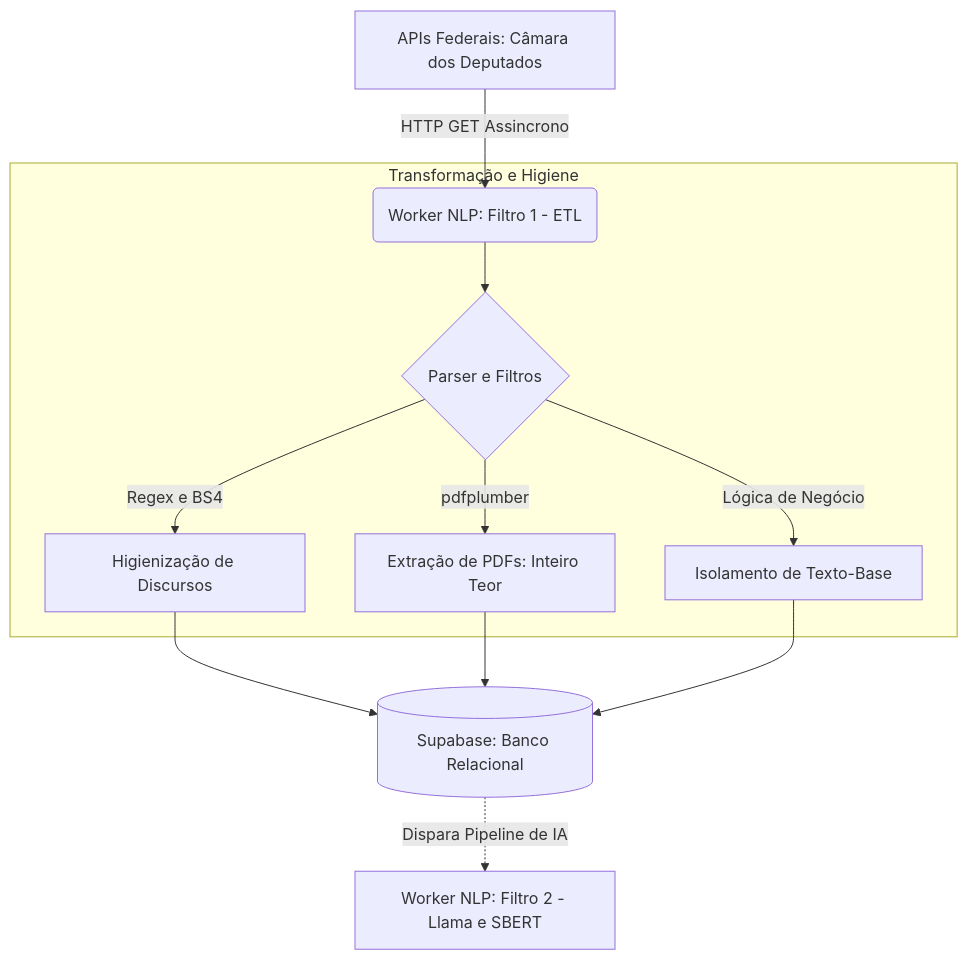
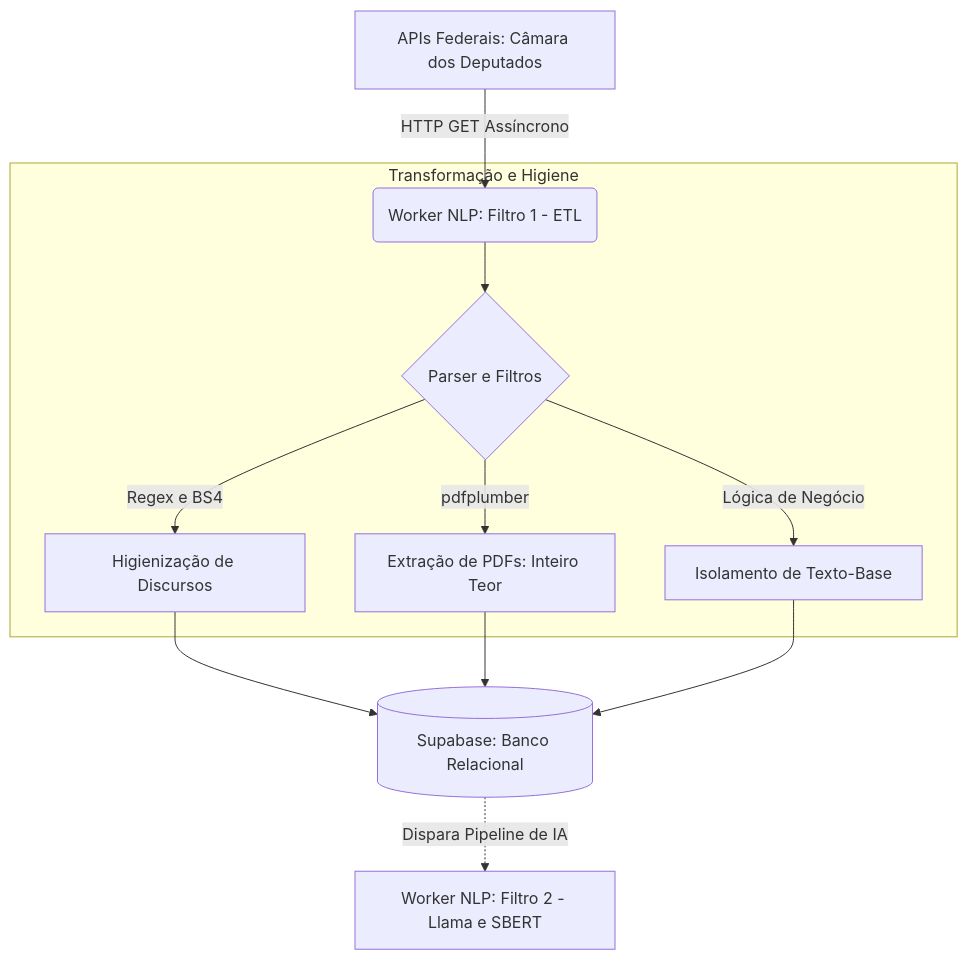
Before and after one commit to henriquemendeselias/2026.1-ContraDito: the diagram in docs/docs/etl-dados.md, drawn with Mermaid. The commit also changed other lines of this file and 31 other files, not shown here.

````diff
--- a/docs/docs/etl-dados.md
+++ b/docs/docs/etl-dados.md
@@ -15,17 +15,17 @@
 ```mermaid
 graph TD
-    A[APIs Federais: Câmara dos Deputados] -->|HTTP GET Assincrono| B(Worker NLP: Filtro 1 - ETL)
+    A[APIs Federais: Câmara dos Deputados] -->|HTTP GET Assíncrono| B(Worker NLP: Filtro 1 - ETL)
     
     subgraph pipeline [Transformação e Higiene]
         B --> C{Parser e Filtros}
         C -->|Regex e BS4| D[Higienização de Discursos]
         C -->|pdfplumber| E[Extração de PDFs: Inteiro Teor]
         C -->|Lógica de Negócio| F[Isolamento de Texto-Base]
     end
     
     D --> G[(Supabase: Banco Relacional)]
     E --> G
     F --> G
     
     G -.->|Dispara Pipeline de IA| H[Worker NLP: Filtro 2 - Llama e SBERT]
 ```
````
